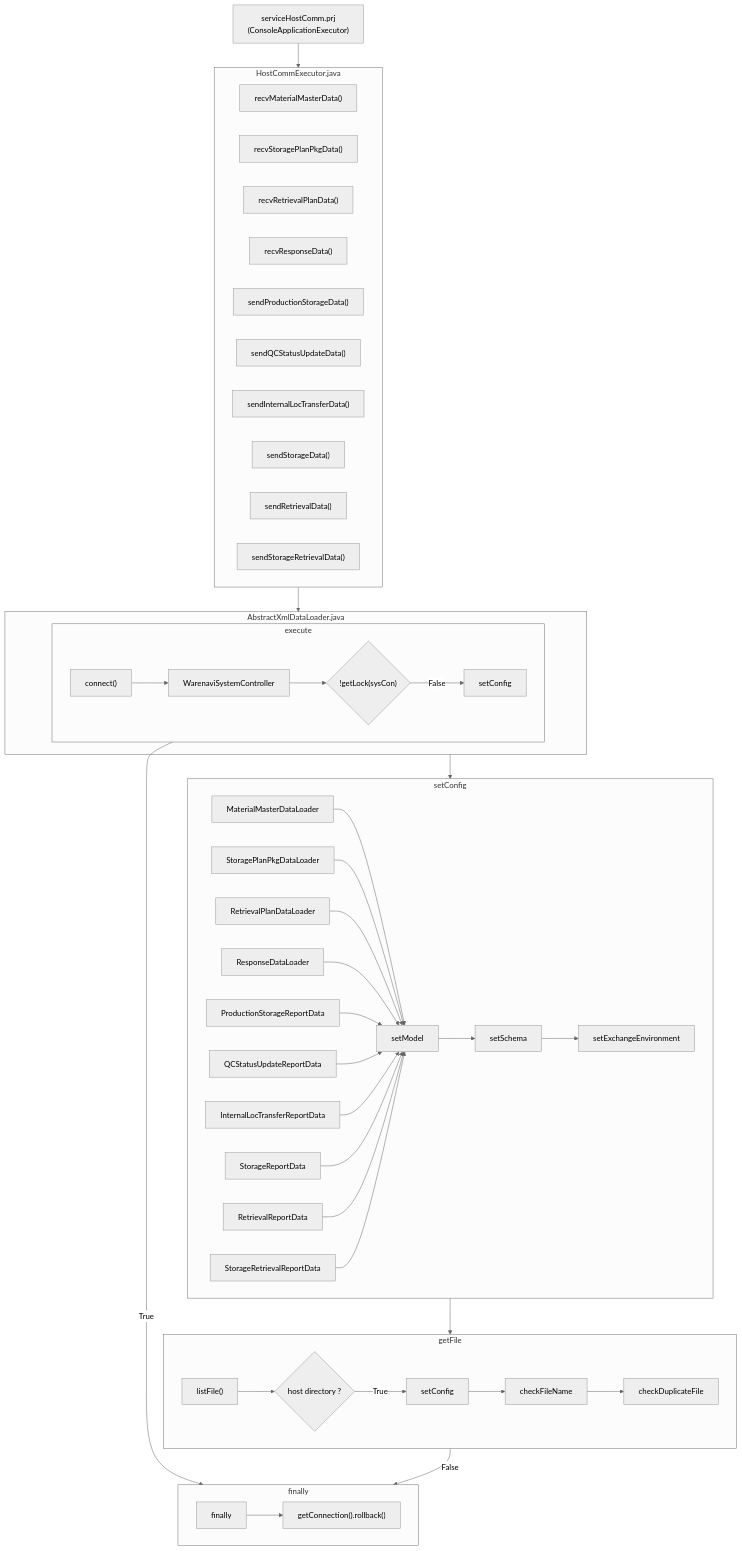
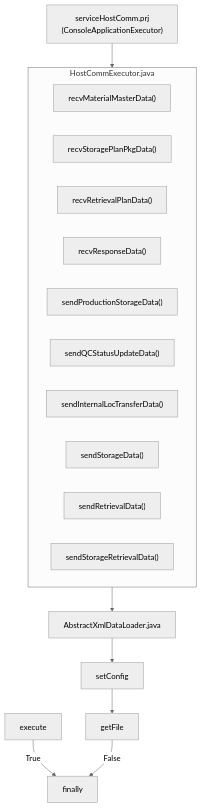
Before and after one commit to luthfiadityaa/SimeDarby-Wiki: the diagram in Basic-Design/Host-Interfaces.md, drawn with Mermaid (neutral theme).

Commit message:
Updated Host Interfaces

```diff
--- a/Basic-Design/Host-Interfaces.md
+++ b/Basic-Design/Host-Interfaces.md
@@ -30,80 +30,25 @@
 ::: mermaid
 flowchart TD
  C1["serviceHostComm.prj<br>(ConsoleApplicationExecutor)"]           
  C1 --> HostCommExecutor.java
  AbstractXmlDataLoader.java
  HostCommExecutor.java --> AbstractXmlDataLoader.java
  AbstractXmlDataLoader.java --> setConfig
  setConfig --> getFile
  execute --> |True| finally
+
  getFile --> |False| finally
 
 subgraph HostCommExecutor.java
  C2["recvMaterialMasterData()"]
  C3["recvStoragePlanPkgData()"]
  C4["recvRetrievalPlanData()"]
  C5["recvResponseData()"]
  C6["sendProductionStorageData()"]
  C7["sendQCStatusUpdateData()"]
  C8["sendInternalLocTransferData()"]
  C9["sendStorageData()"]
  C10["sendRetrievalData()"]
  C11["sendStorageRetrievalData()"]
 end
-
-subgraph AbstractXmlDataLoader.java
- execute        
-end
-
-subgraph execute
- C13["connect()"]
- C14["WarenaviSystemController"]
- 
- Cond1{"!getLock(sysCon)"} 
-
- C16["setConfig"]
-
- C13 --> C14 --> Cond1
- Cond1 --> |False| C16   
-end
-
-subgraph setConfig
-
- E11["setModel"]
- E12["setSchema"]
- E13["setExchangeEnvironment"]
-
- E11--> E12 --> E13
-
- C21["MaterialMasterDataLoader"] --> E11
- C22["StoragePlanPkgDataLoader"] --> E11
- C23["RetrievalPlanDataLoader"] --> E11
- C24["ResponseDataLoader"] --> E11
- C25["ProductionStorageReportData"] --> E11
- C26["QCStatusUpdateReportData"] --> E11
- C27["InternalLocTransferReportData"] --> E11
- C28["StorageReportData"] --> E11
- C29["RetrievalReportData"] --> E11
- C30["StorageRetrievalReportData"] --> E11
-            
-end
-
-subgraph getFile
- C31["listFile()"]    
- Cond2{"host directory ?"}   
- C32["setConfig"]
- C33[checkFileName]
- C34[checkDuplicateFile]
- C31 --> Cond2
- Cond2 --> |True| C32
- C32 --> C33 --> C34 
-end
-
-subgraph finally
- C51 --> C52
-
- C51["finally"]
- C52["getConnection().rollback()"]
-end
-
 :::
```
